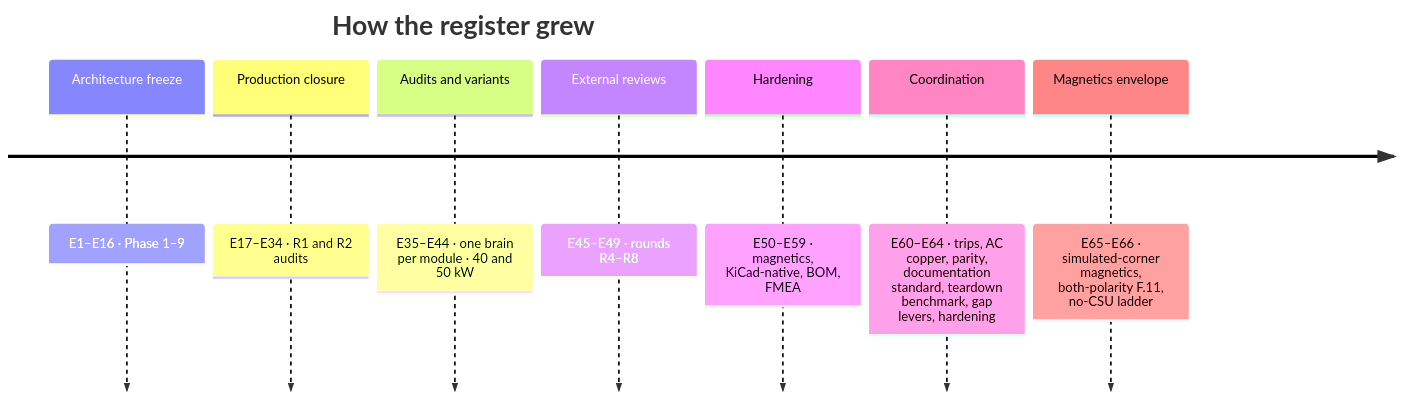
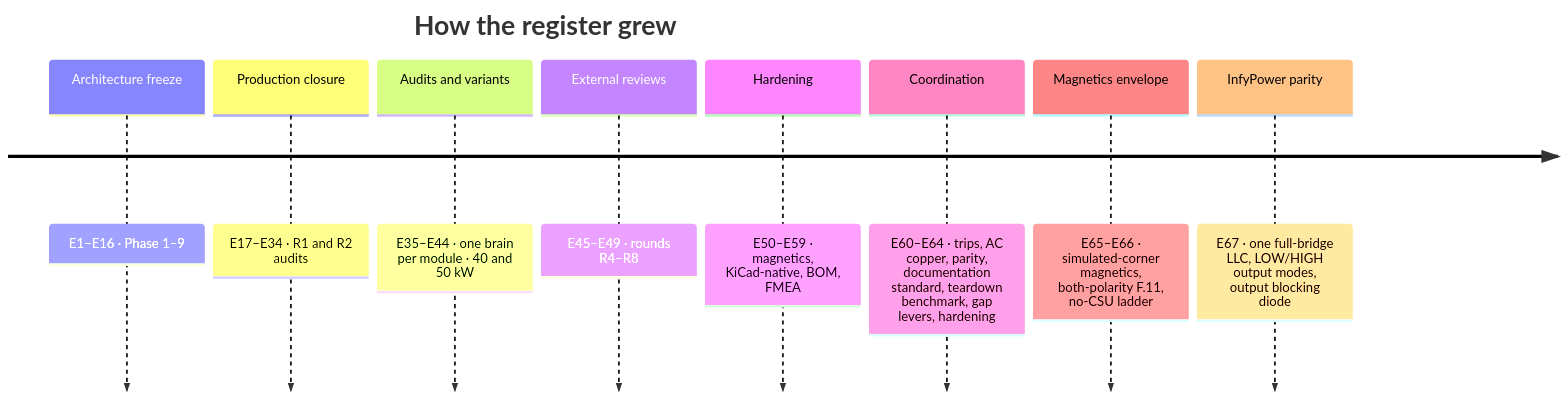
The diagram in docs/assumptions.md (vectivolt/DC-Modules), drawn with Mermaid before and after one commit. The commit also changed other lines of this file and 110 other files, not shown here.

````diff
--- a/docs/assumptions.md
+++ b/docs/assumptions.md
@@ -38,11 +38,12 @@
 ```mermaid
 timeline
   title How the register grew
   Architecture freeze : E1–E16 · Phase 1–9
   Production closure : E17–E34 · R1 and R2 audits
   Audits and variants : E35–E44 · one brain per module · 40 and 50 kW
   External reviews : E45–E49 · rounds R4–R8
   Hardening : E50–E59 · magnetics, KiCad-native, BOM, FMEA
   Coordination : E60–E64 · trips, AC copper, parity, documentation standard, teardown benchmark, gap levers, hardening
   Magnetics envelope : E65–E66 · simulated-corner magnetics, both-polarity F.11, no-CSU ladder
+  InfyPower parity : E67 · one full-bridge LLC, LOW/HIGH output modes, output blocking diode
 ```
````
